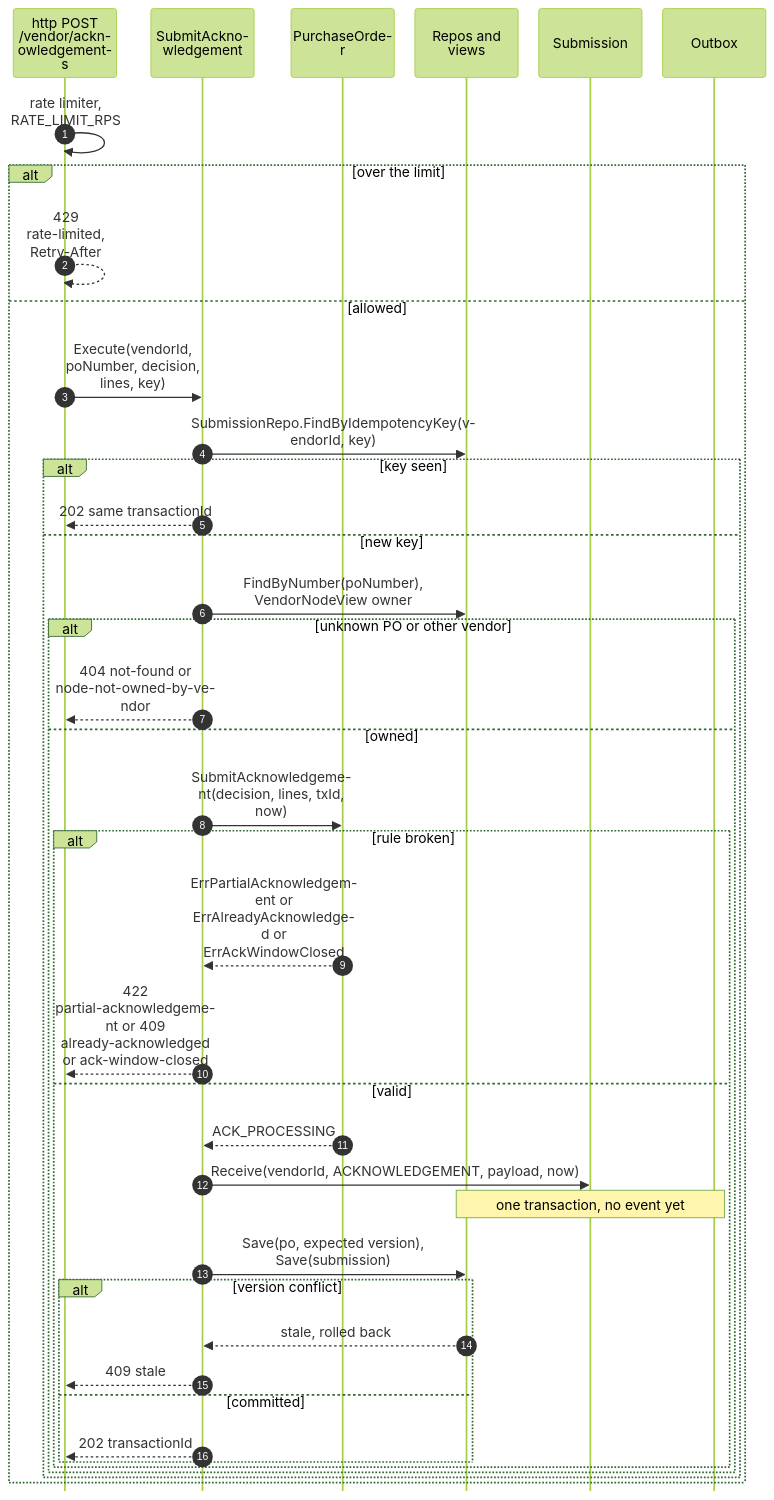
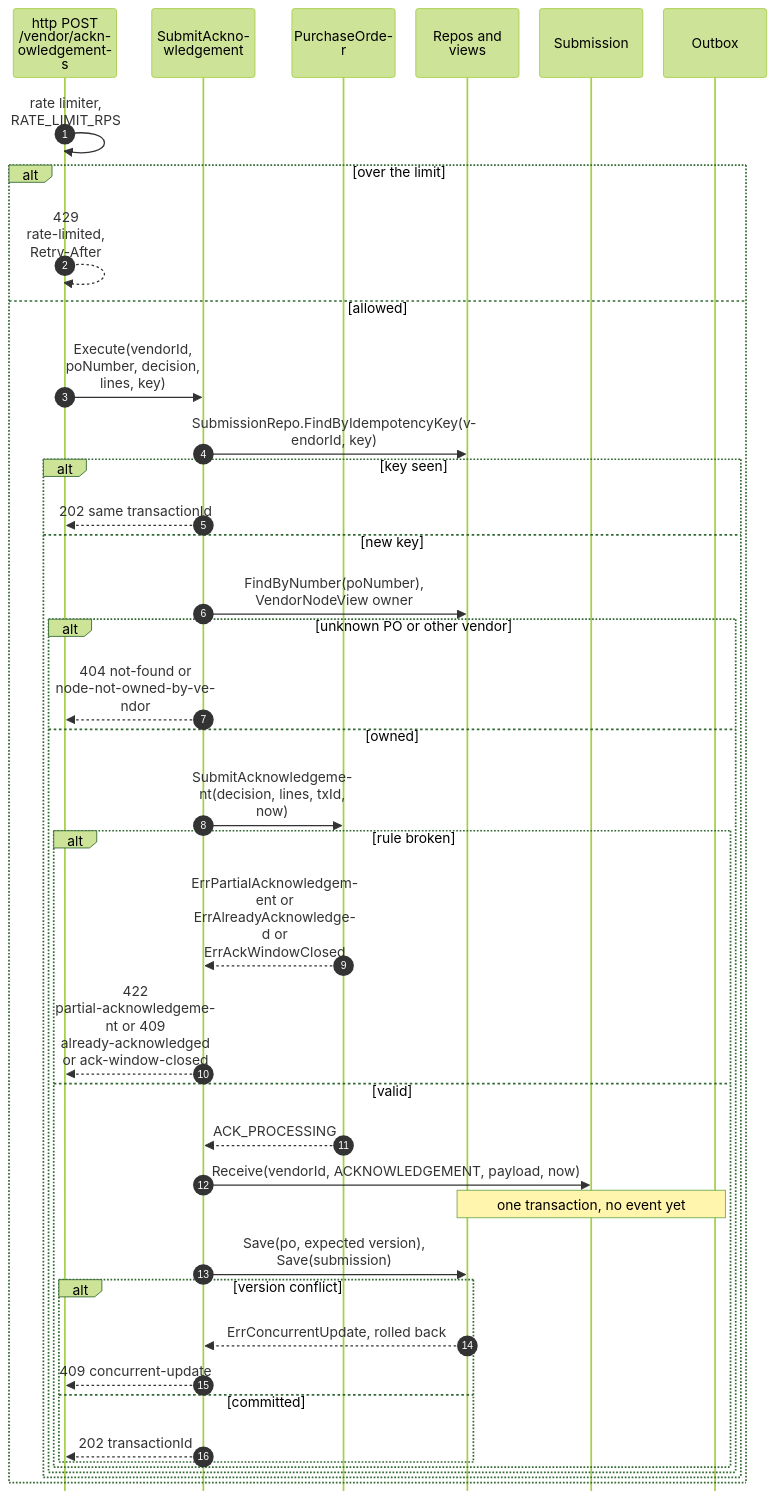
Before and after one commit to IQVO/warehouse-docs: the fourth of 10 diagrams in network/docs/contexts/vendor-connectivity/sequence-diagrams.md, drawn with Mermaid (forest theme). The commit also changed other lines of this file and 7 other files, not shown here.

````diff
--- a/network/docs/contexts/vendor-connectivity/sequence-diagrams.md
+++ b/network/docs/contexts/vendor-connectivity/sequence-diagrams.md
@@ -160,43 +166,43 @@
 ```mermaid
 %%{init: {"sequence": {"wrap": true, "width": 120, "actorMargin": 24, "messageMargin": 28, "boxMargin": 6, "noteMargin": 6, "mirrorActors": false}}}%%
 sequenceDiagram
     autonumber
     participant H as http POST /vendor/acknowledgements
     participant UC as SubmitAcknowledgement
     participant A as PurchaseOrder
     participant R as Repos and views
     participant S as Submission
     participant OB as Outbox
     H->>H: rate limiter, RATE_LIMIT_RPS
     alt over the limit
         H-->>H: 429 rate-limited, Retry-After
     else allowed
         H->>UC: Execute(vendorId, poNumber, decision, lines, key)
         UC->>R: SubmissionRepo.FindByIdempotencyKey(vendorId, key)
         alt key seen
             UC-->>H: 202 same transactionId
         else new key
             UC->>R: FindByNumber(poNumber), VendorNodeView owner
             alt unknown PO or other vendor
                 UC-->>H: 404 not-found or node-not-owned-by-vendor
             else owned
                 UC->>A: SubmitAcknowledgement(decision, lines, txId, now)
                 alt rule broken
                     A-->>UC: ErrPartialAcknowledgement or ErrAlreadyAcknowledged or ErrAckWindowClosed
                     UC-->>H: 422 partial-acknowledgement or 409 already-acknowledged or ack-window-closed
                 else valid
                     A-->>UC: ACK_PROCESSING
                     UC->>S: Receive(vendorId, ACKNOWLEDGEMENT, payload, now)
                     Note over R,OB: one transaction, no event yet
                     UC->>R: Save(po, expected version), Save(submission)
                     alt version conflict
-                        R-->>UC: stale, rolled back
-                        UC-->>H: 409 stale
+                        R-->>UC: ErrConcurrentUpdate, rolled back
+                        UC-->>H: 409 concurrent-update
                     else committed
                         UC-->>H: 202 transactionId
                     end
                 end
             end
         end
     end
 ```
````
